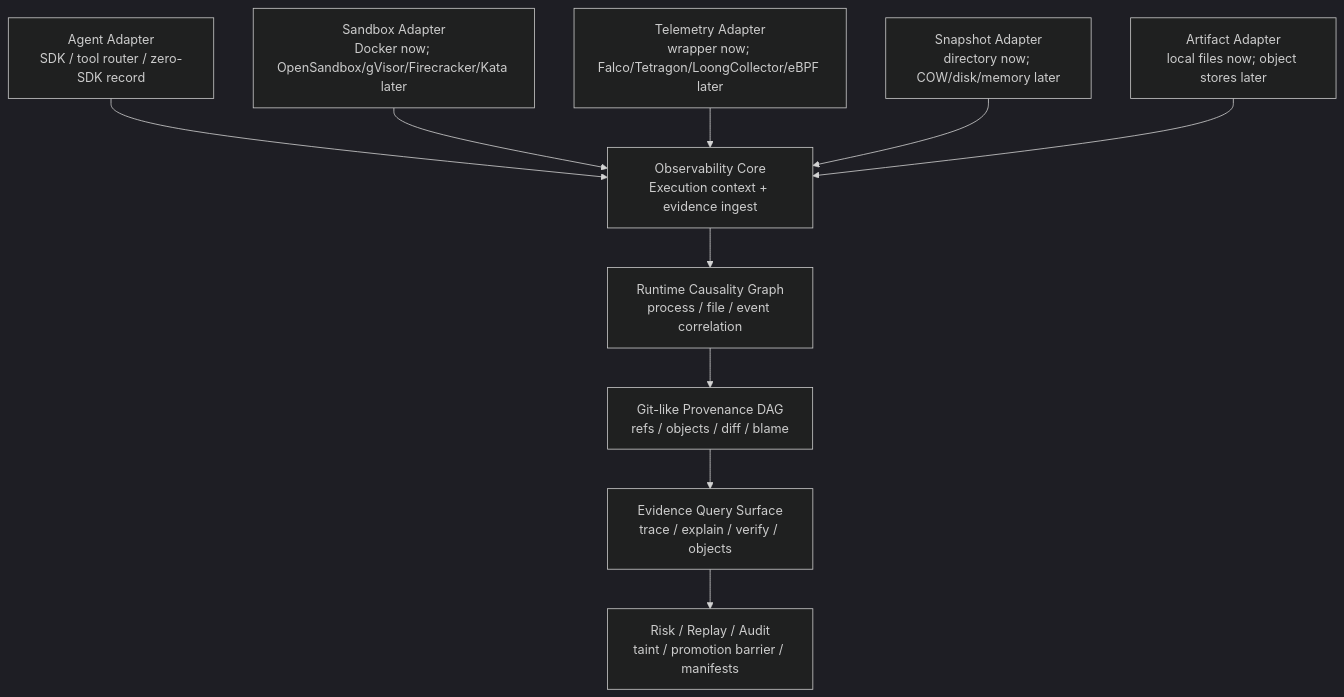
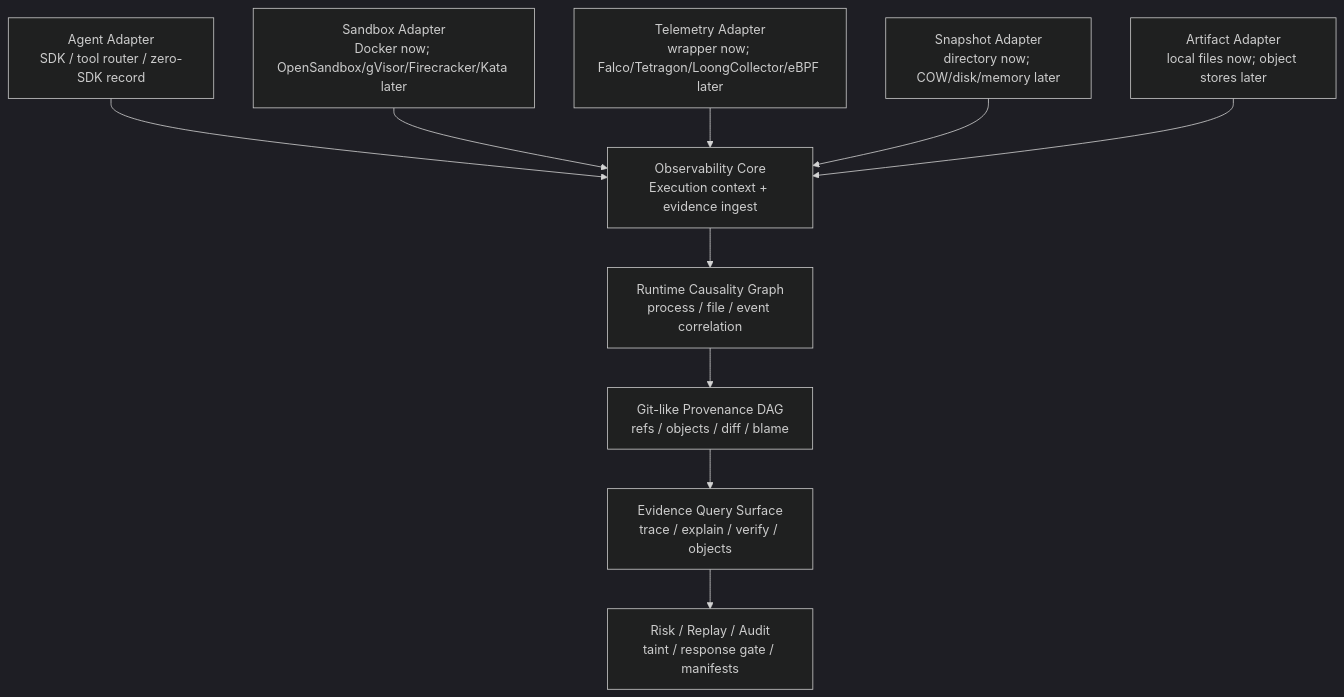
The diagram in README.md (ByteYellow/AgentProvenance), drawn with Mermaid (dark theme) before and after one commit. The commit also changed other lines of this file and 21 other files, not shown here.

````diff
--- a/README.md
+++ b/README.md
@@ -346,13 +384,13 @@
 ```mermaid
 flowchart TD
     AgentAdapter["Agent Adapter\nSDK / tool router / zero-SDK record"] --> Observability["Observability Core\nExecution context + evidence ingest"]
     SandboxAdapter["Sandbox Adapter\nDocker now; OpenSandbox/gVisor/Firecracker/Kata later"] --> Observability
     TelemetryAdapter["Telemetry Adapter\nwrapper now; Falco/Tetragon/LoongCollector/eBPF later"] --> Observability
     SnapshotAdapter["Snapshot Adapter\ndirectory now; COW/disk/memory later"] --> Observability
     ArtifactAdapter["Artifact Adapter\nlocal files now; object stores later"] --> Observability
 
     Observability --> Causality["Runtime Causality Graph\nprocess / file / event correlation"]
     Causality --> Provenance["Git-like Provenance DAG\nrefs / objects / diff / blame"]
     Provenance --> Query["Evidence Query Surface\ntrace / explain / verify / objects"]
-    Query --> RiskReplayAudit["Risk / Replay / Audit\ntaint / promotion barrier / manifests"]
+    Query --> RiskReplayAudit["Risk / Replay / Audit\ntaint / response gate / manifests"]
 ```
````
